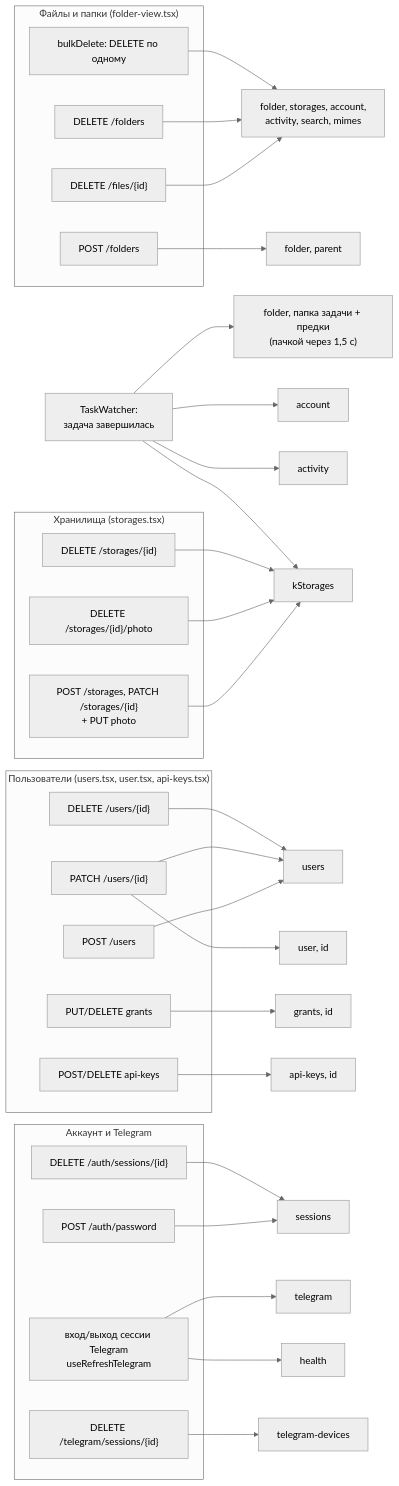
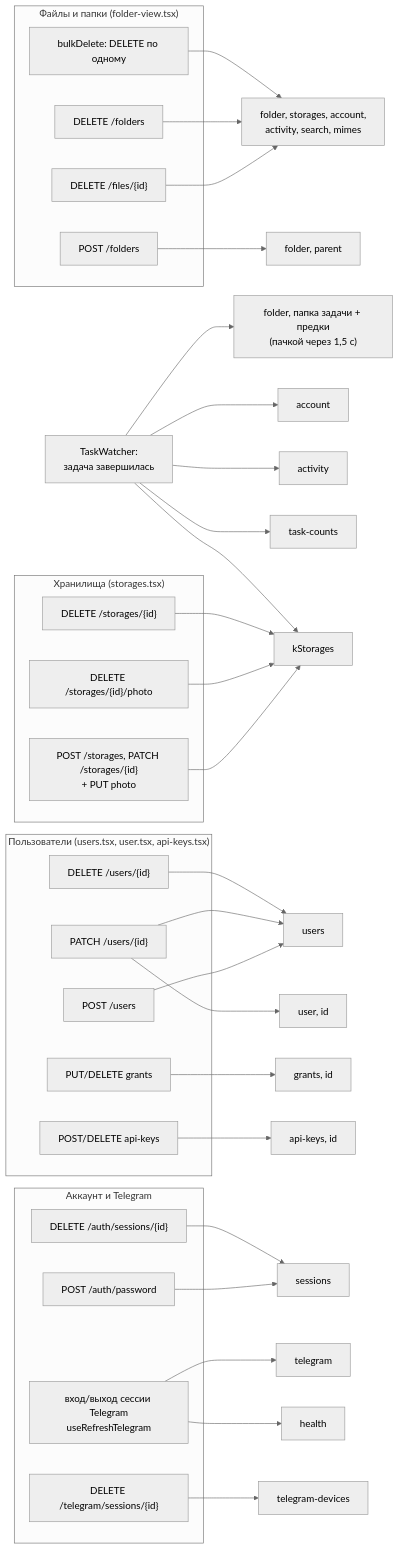
Before and after one commit to NikitkaZXC/tcloud-frontend: the first of 5 diagrams in docs/data-flow.md, drawn with Mermaid (neutral theme). The commit also changed other lines of this file and 11 other files, not shown here.

````diff
--- a/docs/data-flow.md
+++ b/docs/data-flow.md
@@ -36,49 +37,50 @@
 ```mermaid
 flowchart LR
     subgraph files["Файлы и папки (folder-view.tsx)"]
         delFile["DELETE /files/{id}"]
         delFolder["DELETE /folders"]
         bulk["bulkDelete: DELETE по одному"]
         mkdir["POST /folders"]
     end
     subgraph st["Хранилища (storages.tsx)"]
         stSave["POST /storages, PATCH /storages/{id}<br/>+ PUT photo"]
         stPhoto["DELETE /storages/{id}/photo"]
         stDel["DELETE /storages/{id}"]
     end
     subgraph adm["Пользователи (users.tsx, user.tsx, api-keys.tsx)"]
         uCreate["POST /users"]
         uPatch["PATCH /users/{id}"]
         uDel["DELETE /users/{id}"]
         grant["PUT/DELETE grants"]
         key["POST/DELETE api-keys"]
     end
     subgraph acc["Аккаунт и Telegram"]
         pwd["POST /auth/password"]
         sess["DELETE /auth/sessions/{id}"]
         tgStep["вход/выход сессии Telegram<br/>useRefreshTelegram"]
         dev["DELETE /telegram/sessions/{id}"]
     end
     watcher["TaskWatcher:<br/>задача завершилась"]
 
     delFile & delFolder & bulk --> kDeleted["folder, storages, account,<br/>activity, search, mimes"]
     mkdir --> kFolderP["folder, parent"]
     stSave --> kStorages
     stPhoto --> kStorages
     stDel --> kStorages
     uCreate --> kUsers["users"]
     uPatch --> kUsers
     uPatch --> kUser["user, id"]
     uDel --> kUsers
     grant --> kGrants["grants, id"]
     key --> kKeys["api-keys, id"]
     pwd --> kSessions["sessions"]
     sess --> kSessions
     tgStep --> kTelegram["telegram"]
     tgStep --> kHealth["health"]
     dev --> kDevices["telegram-devices"]
     watcher --> kFolderT["folder, папка задачи + предки<br/>(пачкой через 1,5 с)"]
     watcher --> kStorages
     watcher --> kAccount["account"]
     watcher --> kActivity["activity"]
+    watcher --> kCounts["task-counts"]
 ```
````
